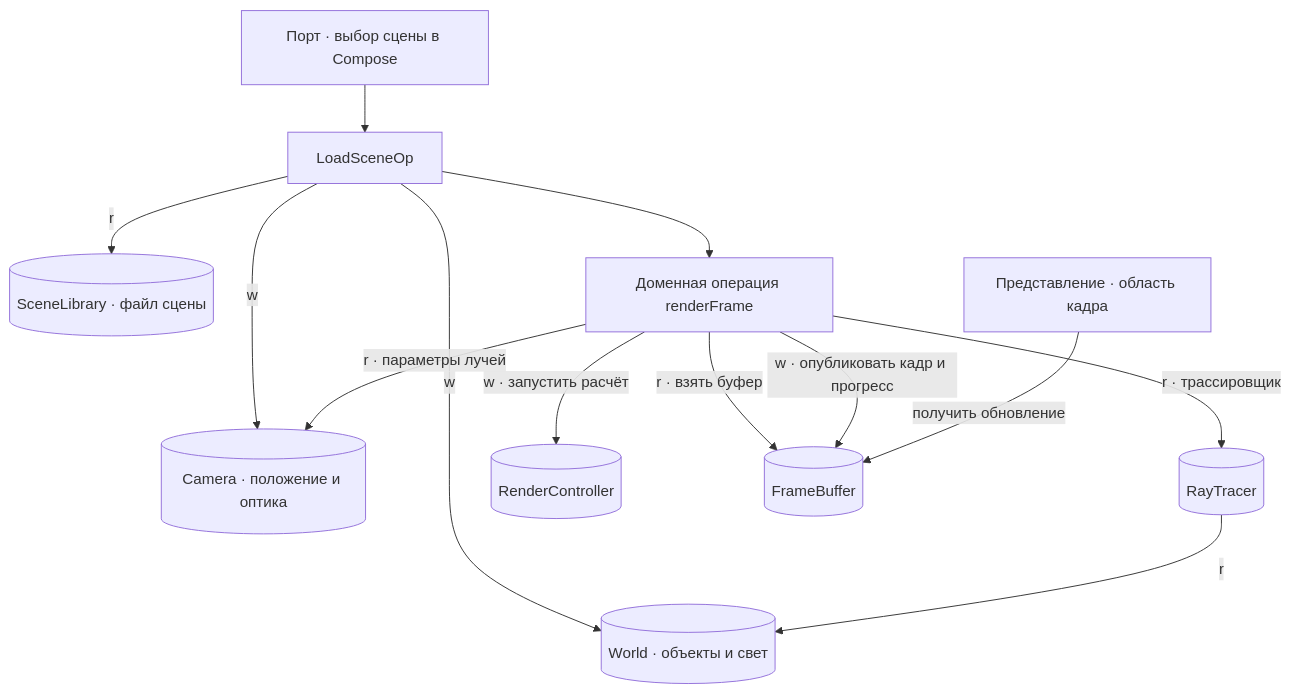
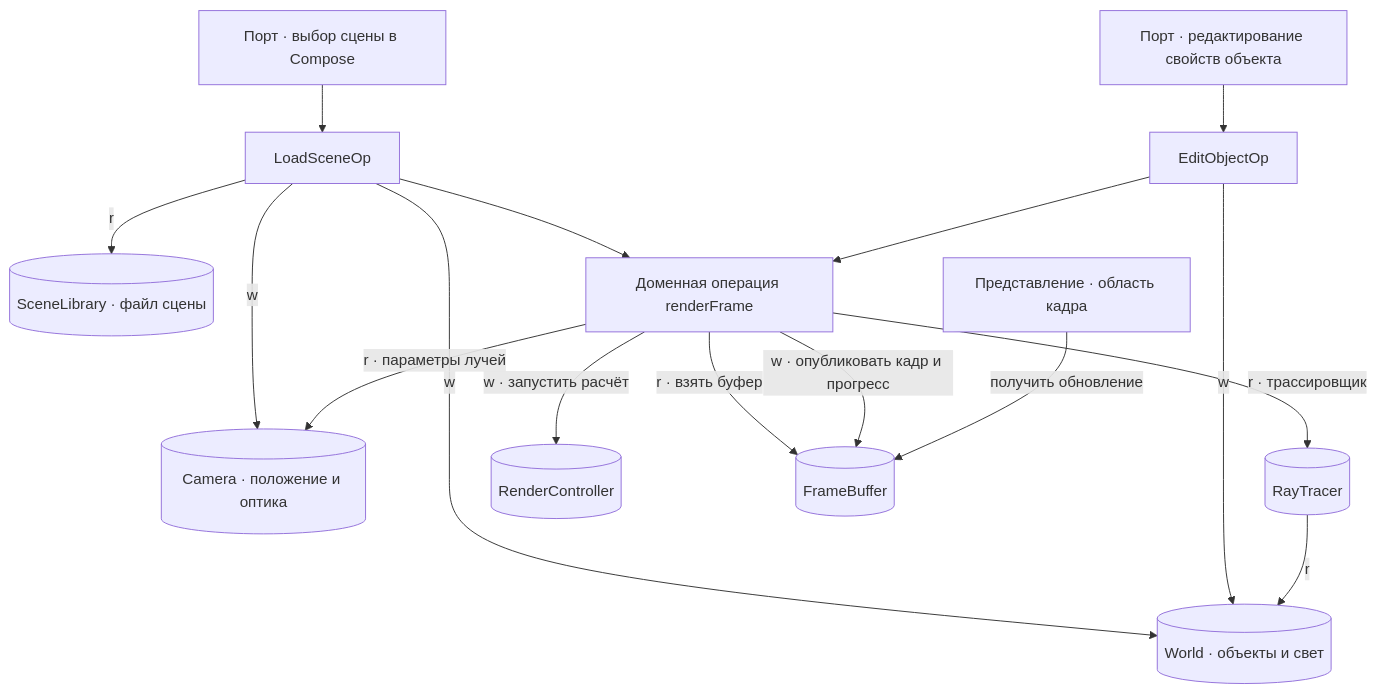
The diagram in README.md (ErikShelbogashev/krt), drawn with Mermaid before and after one commit. The commit also changed other lines of this file and 9 other files, not shown here.

````diff
--- a/README.md
+++ b/README.md
@@ -101,15 +105,18 @@
 ```mermaid
 flowchart TB
     Choose["Порт · выбор сцены в Compose"] --> Load["LoadSceneOp"]
     Load -->|r| Library[("SceneLibrary · файл сцены")]
     Load -->|w| World[("World · объекты и свет")]
     Load -->|w| Camera[("Camera · положение и оптика")]
     Load --> Frame["Доменная операция renderFrame"]
+    Edit["Порт · редактирование свойств объекта"] --> Optics["EditObjectOp"]
+    Optics -->|w| World
+    Optics --> Frame
     Frame -->|r · параметры лучей| Camera
     Frame -->|r · трассировщик| Tracer[("RayTracer")]
     Tracer -->|r| World
     Frame -->|w · запустить расчёт| Controller[("RenderController")]
     Frame -->|r · взять буфер| Buffer[("FrameBuffer")]
     Frame -->|w · опубликовать кадр и прогресс| Buffer
     View["Представление · область кадра"] -->|получить обновление| Buffer
 ```
````
